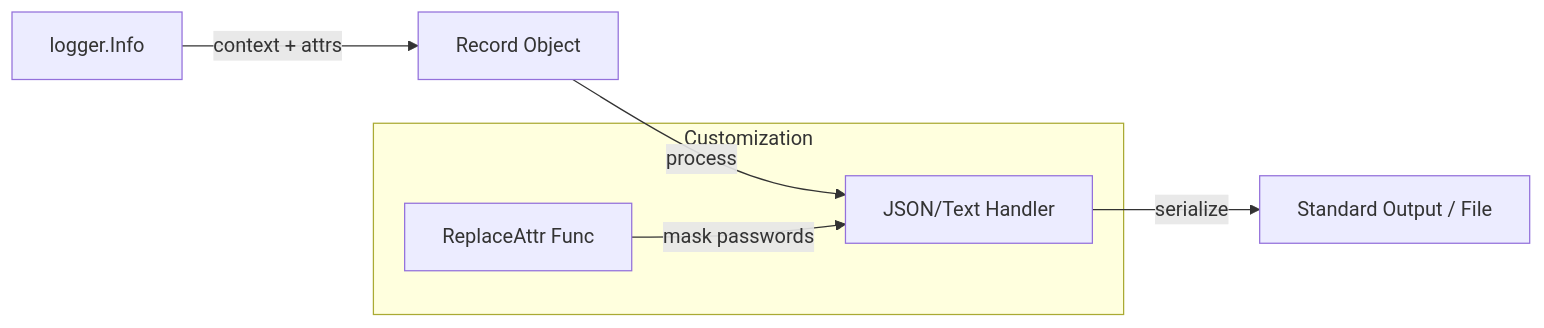
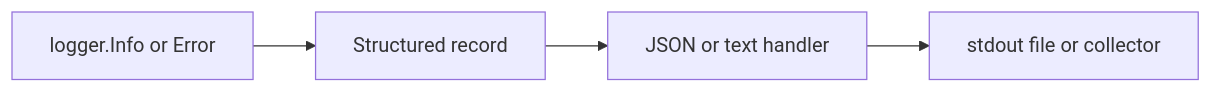
The diagram in RAK-03-evolution/SR-04-observability/BK-03-telemetry/CH-03-slog/README.md (syahputrawork98-sketch/Golang-Knowledge-Base), drawn with Mermaid before and after one commit. The commit also changed other lines of this file and 61 other files, not shown here.

````diff
--- a/RAK-03-evolution/SR-04-observability/BK-03-telemetry/CH-03-slog/README.md
+++ b/RAK-03-evolution/SR-04-observability/BK-03-telemetry/CH-03-slog/README.md
@@ -39,10 +35,6 @@
 ```mermaid
 graph LR
-    Call[logger.Info] -- context + attrs --> Rec[Record Object]
-    Rec -- process --> Handler[JSON/Text Handler]
-    Handler -- serialize --> Target[Standard Output / File]
-    
-    subgraph "Customization"
-    ReplaceAttr[ReplaceAttr Func] -- mask passwords --> Handler
-    end
+    Call[logger.Info or Error] --> Record[Structured record]
+    Record --> Handler[JSON or text handler]
+    Handler --> Sink[stdout file or collector]
 ```
````
